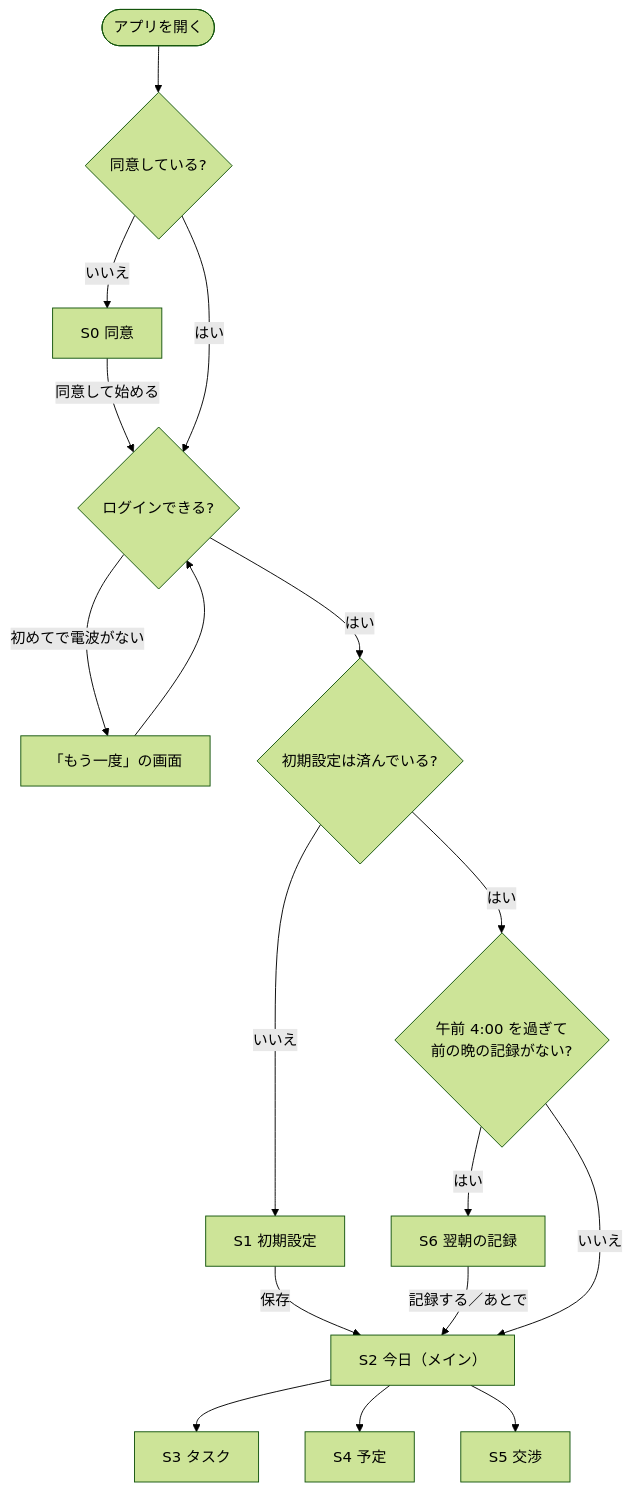
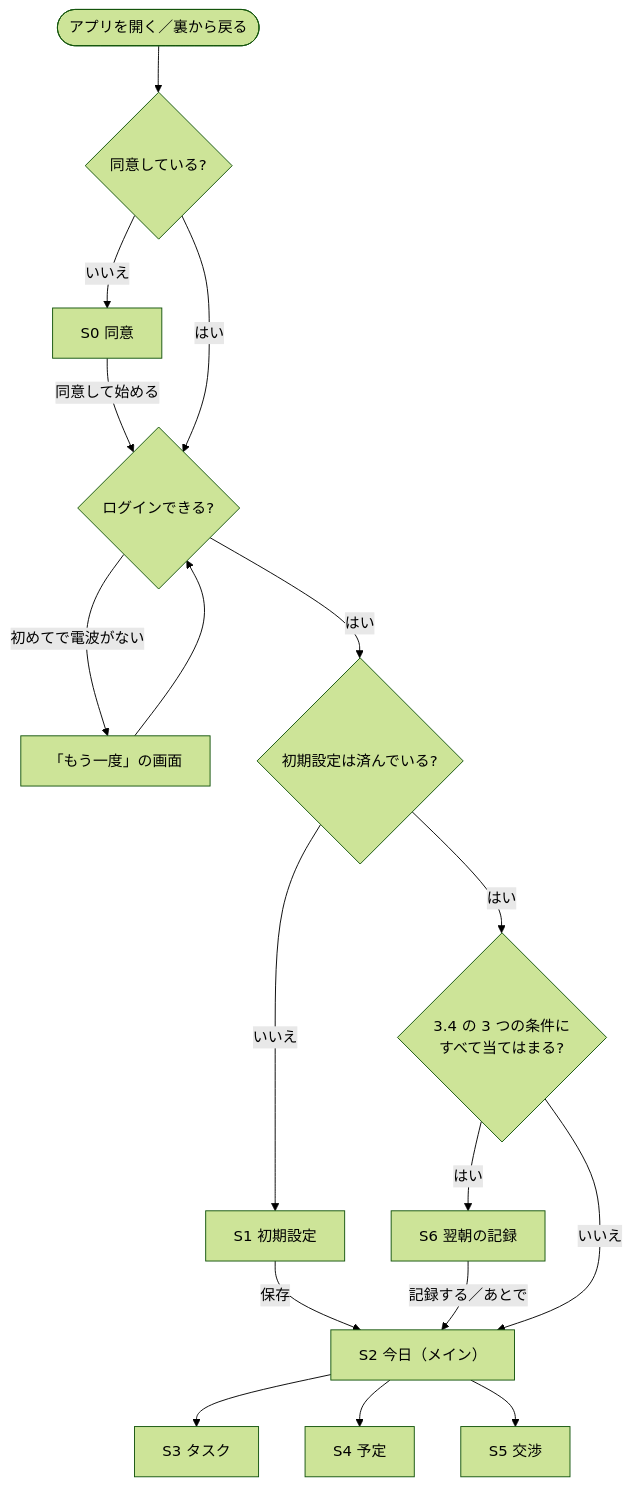
One commit to SoichiroUeda/Zunda-Inc. changed the diagram in beta_spec.md. Above: the diagram before and after it, drawn with Mermaid (forest theme). The commit also changed other lines of this file and 7 other files, not shown here.

````diff
--- a/beta_spec.md
+++ b/beta_spec.md
@@ -304,19 +367,19 @@
 ```mermaid
 flowchart TD
-    Start([アプリを開く]) --> C{同意している?}
+    Start([アプリを開く／裏から戻る]) --> C{同意している?}
     C -- いいえ --> S0[S0 同意]
     S0 -- 同意して始める --> L
     C -- はい --> L{ログインできる?}
     L -- 初めてで電波がない --> R[「もう一度」の画面]
     R --> L
     L -- はい --> Q{初期設定は済んでいる?}
     Q -- いいえ --> S1[S1 初期設定]
     S1 -- 保存 --> S2
-    Q -- はい --> M{午前 4:00 を過ぎて<br>前の晩の記録がない?}
+    Q -- はい --> M{3.4 の 3 つの条件に<br>すべて当てはまる?}
     M -- はい --> S6[S6 翌朝の記録]
     S6 -- 記録する／あとで --> S2
     M -- いいえ --> S2[S2 今日（メイン）]
     S2 --> S3[S3 タスク]
     S2 --> S4[S4 予定]
     S2 --> S5[S5 交渉]
 ```
````
